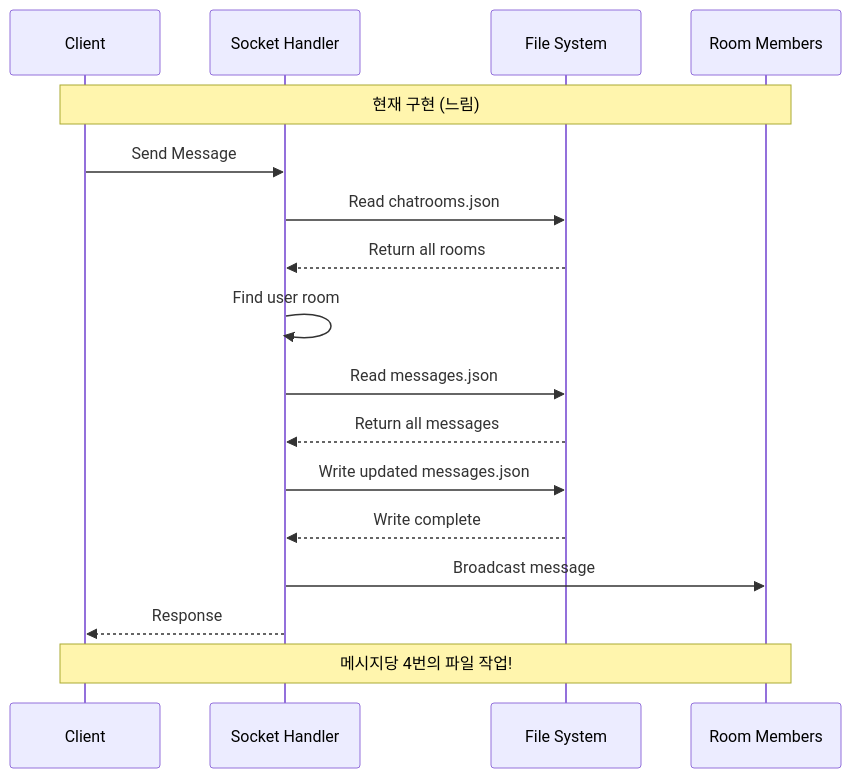
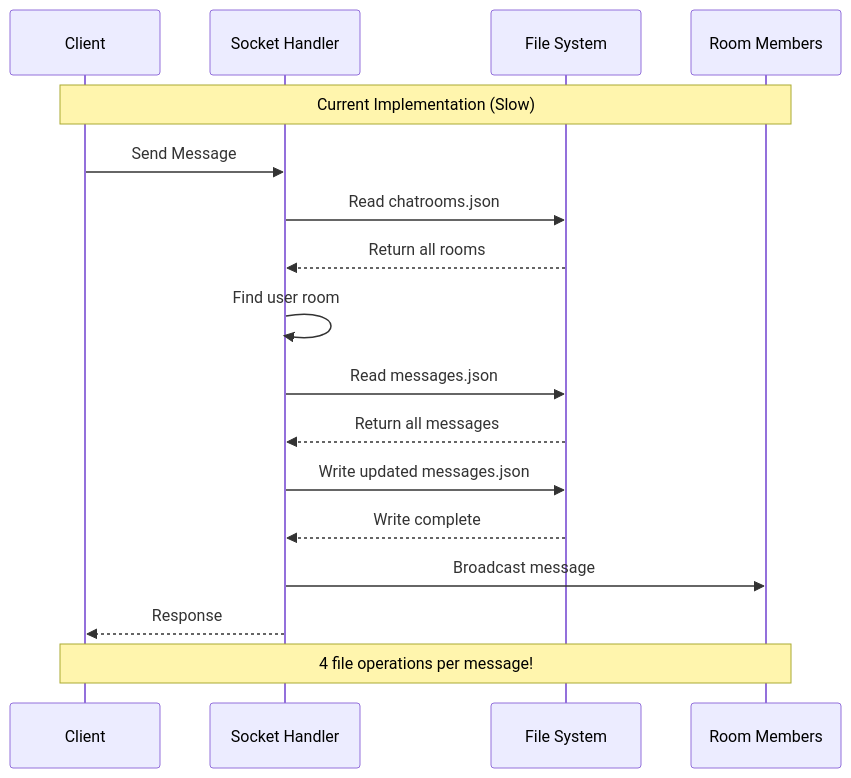
The third of 4 diagrams in FINAL_PERFORMANCE_SOLUTION.md (JeEonPark/observability-minitalk), drawn with Mermaid before and after one commit. The commit also changed other lines of this file and 1 other file, not shown here.

````diff
--- a/FINAL_PERFORMANCE_SOLUTION.md
+++ b/FINAL_PERFORMANCE_SOLUTION.md
@@ -390,22 +390,22 @@
 ```mermaid
 sequenceDiagram
     participant C as Client
     participant S as Socket Handler
     participant F as File System
     participant R as Room Members
     
-    Note over C,R: 현재 구현 (느림)
+    Note over C,R: Current Implementation (Slow)
     
     C->>S: Send Message
     S->>F: Read chatrooms.json
     F-->>S: Return all rooms
     S->>S: Find user room
     S->>F: Read messages.json
     F-->>S: Return all messages
     S->>F: Write updated messages.json
     F-->>S: Write complete
     S->>R: Broadcast message
     S-->>C: Response
     
-    Note over C,R: 메시지당 4번의 파일 작업!
+    Note over C,R: 4 file operations per message!
 ```
````
